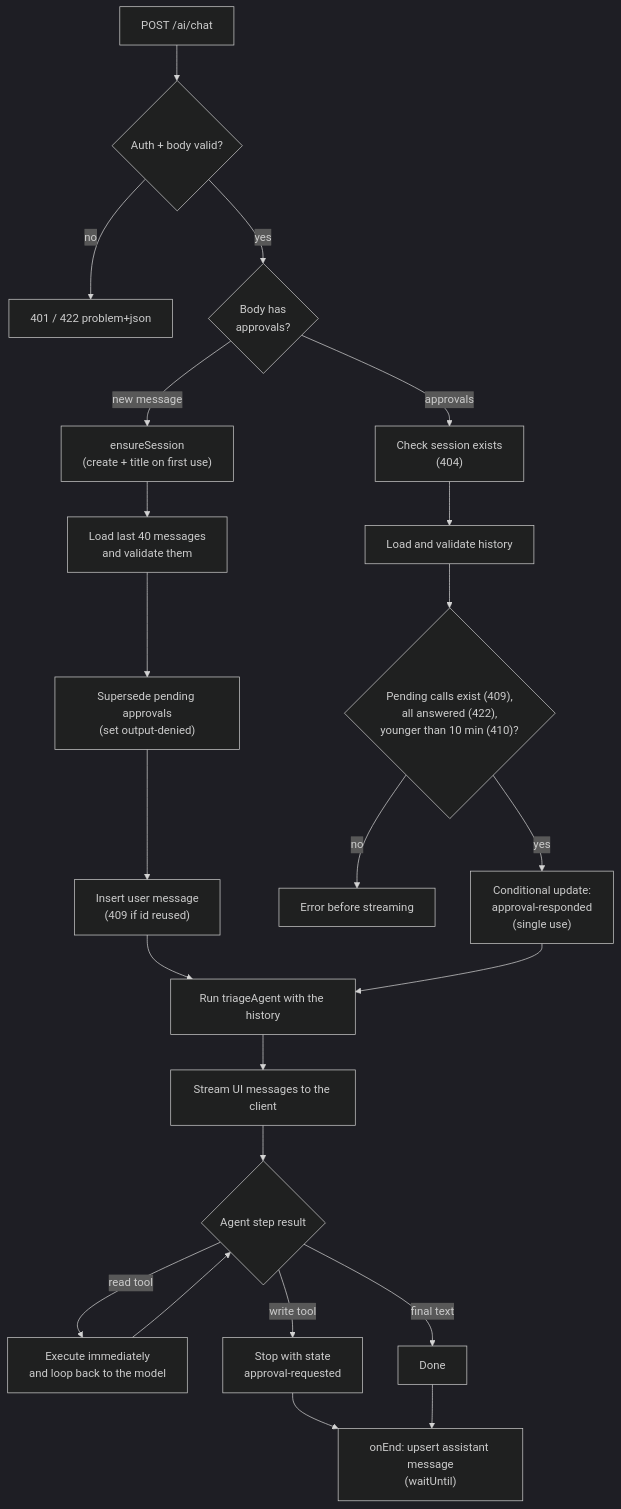
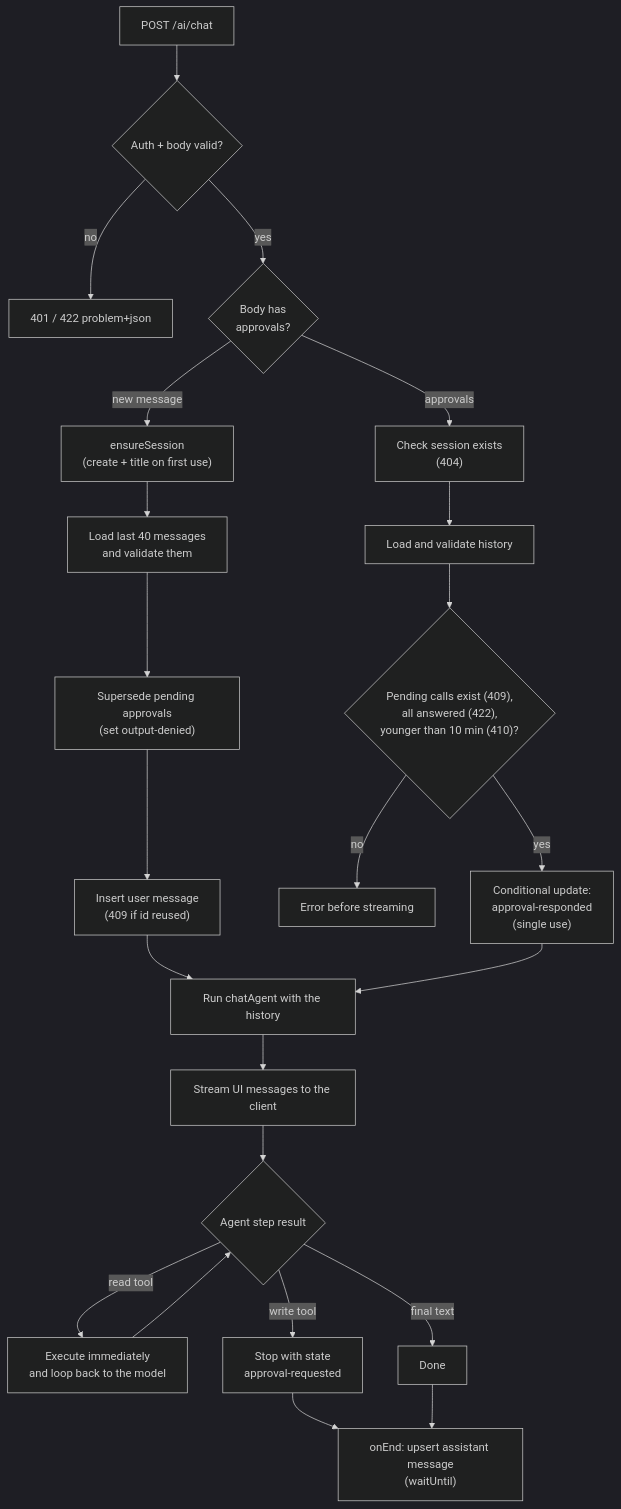
One commit to jia-wei-00/expense-tracker-agent changed the second of 6 diagrams in README.md. Above: the diagram before and after it, drawn with Mermaid (dark theme). The commit also changed other lines of this file and 8 other files, not shown here.

````diff
--- a/README.md
+++ b/README.md
@@ -81,28 +81,28 @@
 ```mermaid
 flowchart TD
     A["POST /ai/chat"] --> B{"Auth + body valid?"}
     B -- "no" --> E1["401 / 422 problem+json"]
     B -- "yes" --> C{"Body has<br/>approvals?"}
 
     C -- "new message" --> D["ensureSession<br/>(create + title on first use)"]
     D --> D2["Load last 40 messages<br/>and validate them"]
     D2 --> D3["Supersede pending approvals<br/>(set output-denied)"]
     D3 --> D4["Insert user message<br/>(409 if id reused)"]
     D4 --> R
 
     C -- "approvals" --> F["Check session exists<br/>(404)"]
     F --> F2["Load and validate history"]
     F2 --> F3{"Pending calls exist (409),<br/>all answered (422),<br/>younger than 10 min (410)?"}
     F3 -- "no" --> E2["Error before streaming"]
     F3 -- "yes" --> F4["Conditional update:<br/>approval-responded<br/>(single use)"]
     F4 --> R
 
-    R["Run triageAgent with the history"] --> S["Stream UI messages to the client"]
+    R["Run chatAgent with the history"] --> S["Stream UI messages to the client"]
     S --> G{"Agent step result"}
     G -- "read tool" --> H["Execute immediately<br/>and loop back to the model"]
     H --> G
     G -- "write tool" --> I["Stop with state<br/>approval-requested"]
     G -- "final text" --> J["Done"]
     I --> K["onEnd: upsert assistant message<br/>(waitUntil)"]
     J --> K
 ```
````
